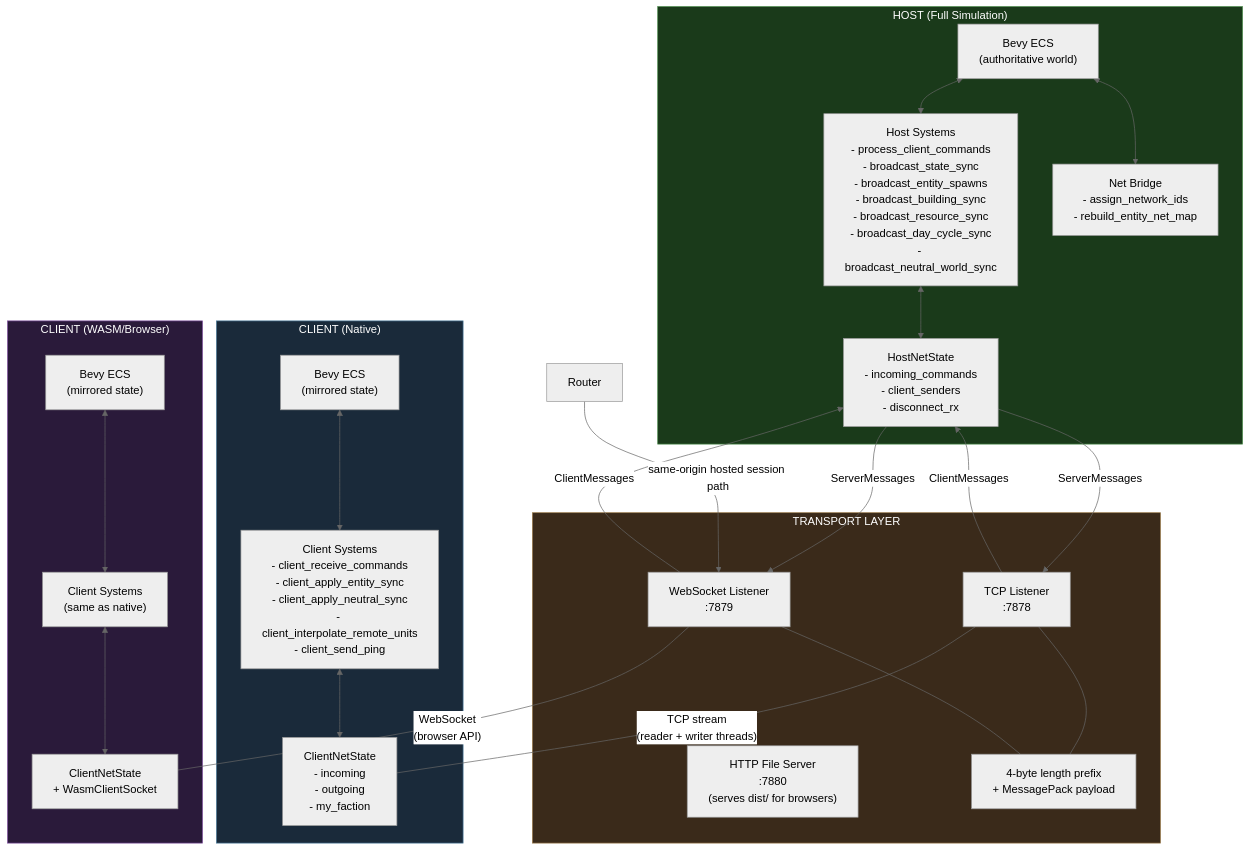
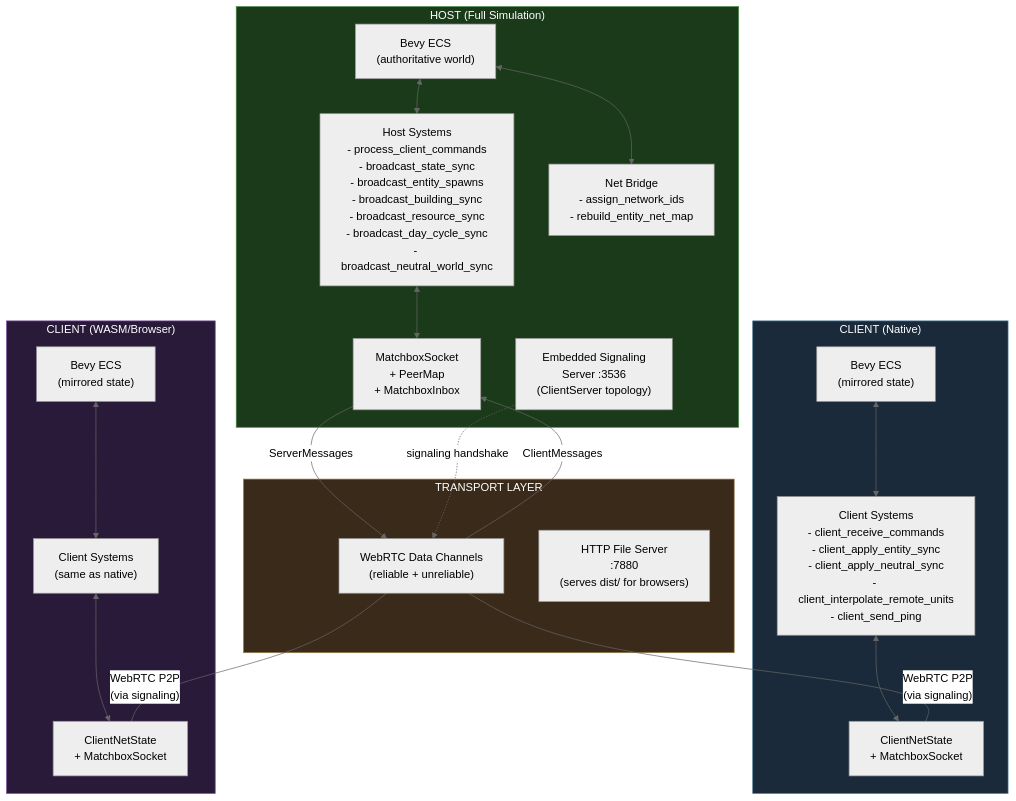
Before and after one commit to pashaydev/RTS: the first of 11 diagrams in docs/multiplayer-architecture.md, drawn with Mermaid (neutral theme). The commit also changed other lines of this file and 15 other files, not shown here.

Commit message:
swith to matchbox webrtc for multiplayer

````diff
--- a/docs/multiplayer-architecture.md
+++ b/docs/multiplayer-architecture.md
@@ -12,51 +13,48 @@
 ```mermaid
 flowchart TB
     subgraph Host["HOST (Full Simulation)"]
         ECS["Bevy ECS\n(authoritative world)"]
         HS["Host Systems\n- process_client_commands\n- broadcast_state_sync\n- broadcast_entity_spawns\n- broadcast_building_sync\n- broadcast_resource_sync\n- broadcast_day_cycle_sync\n- broadcast_neutral_world_sync"]
         NB["Net Bridge\n- assign_network_ids\n- rebuild_entity_net_map"]
-        HNS["HostNetState\n- incoming_commands\n- client_senders\n- disconnect_rx"]
+        MBX["MatchboxSocket\n+ PeerMap\n+ MatchboxInbox"]
+        SIG["Embedded Signaling\nServer :3536\n(ClientServer topology)"]
 
         ECS <--> HS
         ECS <--> NB
-        HS <--> HNS
+        HS <--> MBX
     end
 
     subgraph Transport["TRANSPORT LAYER"]
-        TCP["TCP Listener\n:7878"]
-        WS["WebSocket Listener\n:7879"]
+        WEBRTC["WebRTC Data Channels\n(reliable + unreliable)"]
         HTTP["HTTP File Server\n:7880\n(serves dist/ for browsers)"]
-        TCP --- FRAME["4-byte length prefix\n+ MessagePack payload"]
-        WS --- FRAME
     end
 
     subgraph Client1["CLIENT (Native)"]
         CECS1["Bevy ECS\n(mirrored state)"]
         CS1["Client Systems\n- client_receive_commands\n- client_apply_entity_sync\n- client_apply_neutral_sync\n- client_interpolate_remote_units\n- client_send_ping"]
-        CNS1["ClientNetState\n- incoming\n- outgoing\n- my_faction"]
+        CNS1["ClientNetState\n+ MatchboxSocket"]
         CECS1 <--> CS1
         CS1 <--> CNS1
     end
 
     subgraph Client2["CLIENT (WASM/Browser)"]
         CECS2["Bevy ECS\n(mirrored state)"]
         CS2["Client Systems\n(same as native)"]
-        CNS2["ClientNetState\n+ WasmClientSocket"]
+        CNS2["ClientNetState\n+ MatchboxSocket"]
         CECS2 <--> CS2
         CS2 <--> CNS2
     end
 
-    HNS -->|ServerMessages| TCP
-    HNS -->|ServerMessages| WS
-    TCP -->|ClientMessages| HNS
-    WS -->|ClientMessages| HNS
-    Router -->|same-origin hosted session path| WS
+    MBX -->|ServerMessages| WEBRTC
+    WEBRTC -->|ClientMessages| MBX
 
-    TCP ---|"TCP stream\n(reader + writer threads)"| CNS1
-    WS ---|"WebSocket\n(browser API)"| CNS2
+    WEBRTC ---|"WebRTC P2P\n(via signaling)"| CNS1
+    WEBRTC ---|"WebRTC P2P\n(via signaling)"| CNS2
+
+    SIG -.->|"signaling handshake"| WEBRTC
 
     style Host fill:#1a3a1a,stroke:#4a8a4a,color:#fff
     style Client1 fill:#1a2a3a,stroke:#4a7a9a,color:#fff
     style Client2 fill:#2a1a3a,stroke:#7a4a9a,color:#fff
     style Transport fill:#3a2a1a,stroke:#9a7a4a,color:#fff
 ```
````
